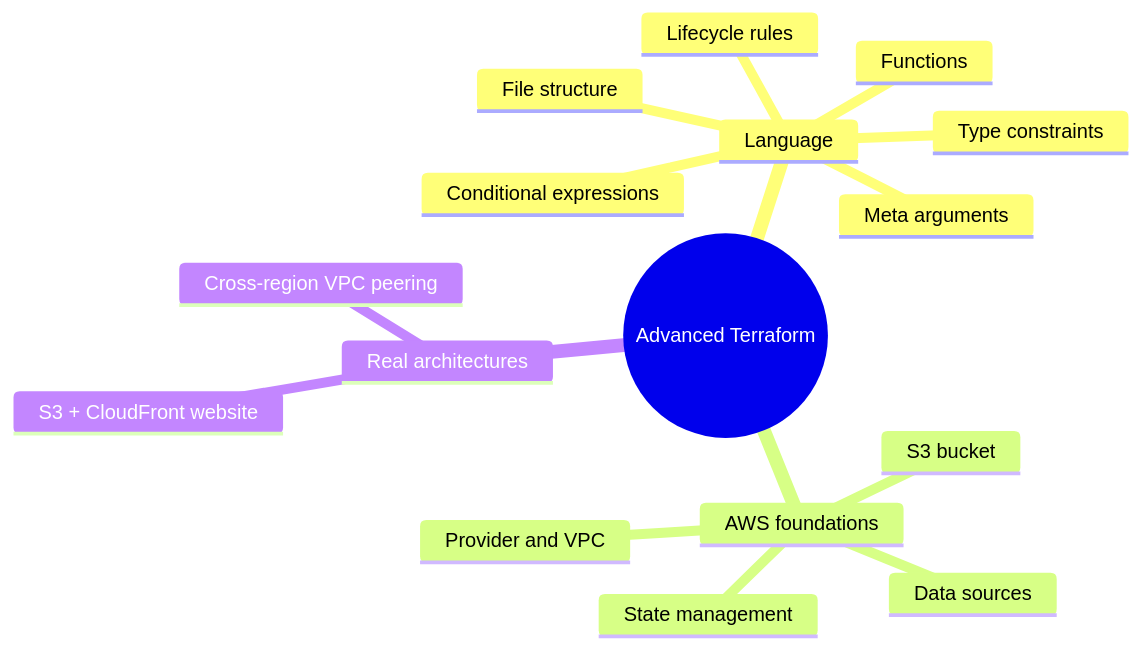
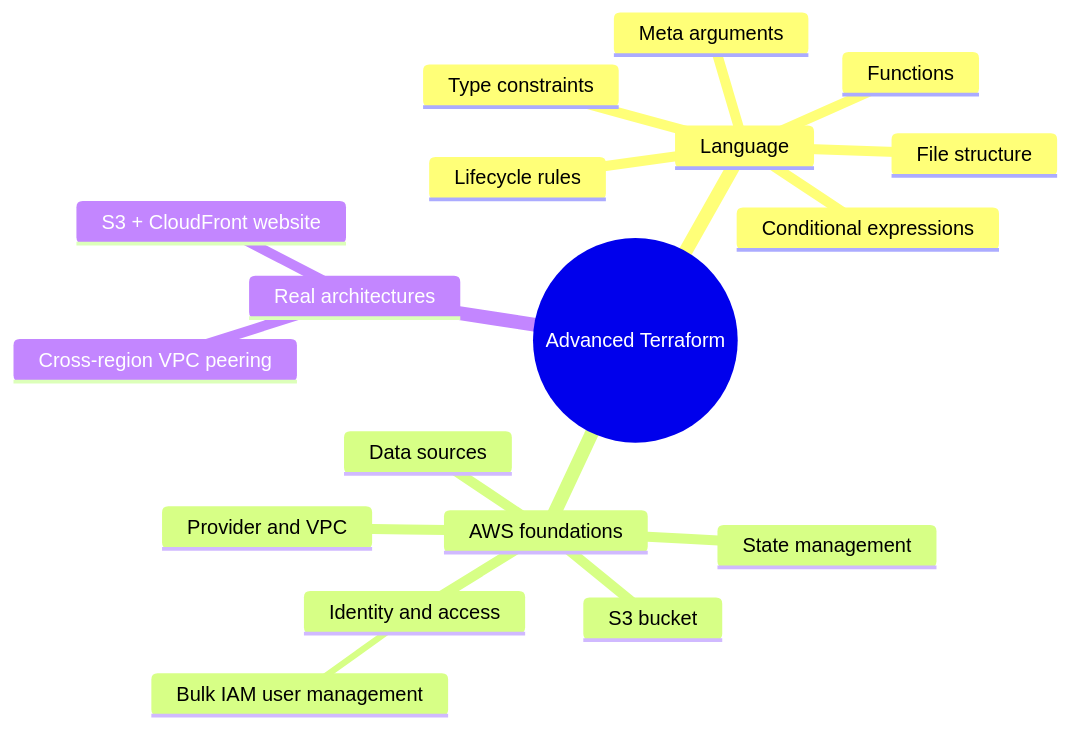
One commit to Shashwatyarr/Advanced-Terraform changed the first of 2 diagrams in README.md. Above: the diagram before and after it, drawn with Mermaid. The commit also changed other lines of this file and 11 other files, not shown here.

Commit message:
Bulk Iam User Management MP03

````diff
--- a/README.md
+++ b/README.md
@@ -7,19 +7,21 @@
 ```mermaid
 mindmap
 	root((Advanced Terraform))
 		Language
 			Conditional expressions
 			Functions
 			Type constraints
 			Meta arguments
 			Lifecycle rules
 			File structure
 		AWS foundations
 			Provider and VPC
 			S3 bucket
 			Data sources
 			State management
+			Identity and access
+				Bulk IAM user management
 		Real architectures
 			S3 + CloudFront website
 			Cross-region VPC peering
 ```
````
